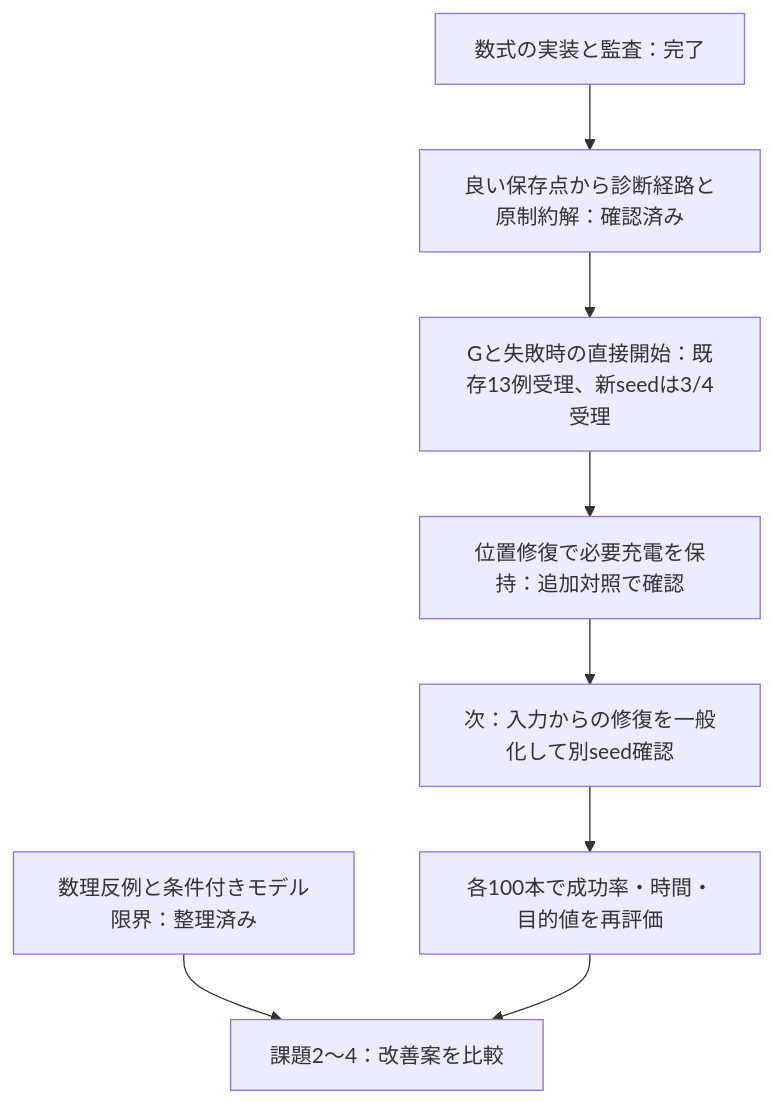
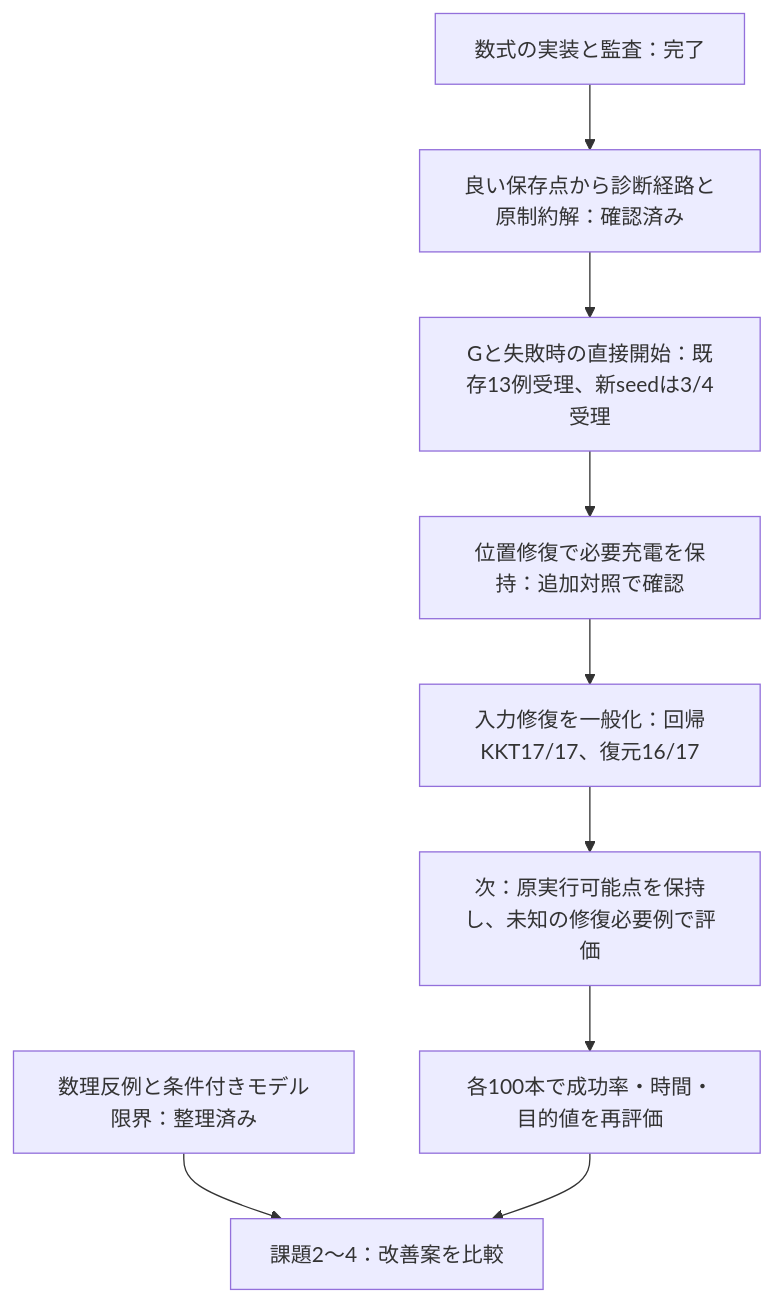
One commit to mordent-27/uav changed the diagram in ROADMAP.md. Above: the diagram before and after it, drawn with Mermaid. The commit also changed other lines of this file and 1 other file, not shown here.

Commit message:
docs[roadmap]: 初期修復の一般化と実行可能点保持の課題を反映

````diff
--- a/ROADMAP.md
+++ b/ROADMAP.md
@@ -152,10 +163,11 @@
 ```mermaid
 flowchart TD
   A[数式の実装と監査：完了] --> B[良い保存点から診断経路と原制約解：確認済み]
   B --> C[Gと失敗時の直接開始：既存13例受理、新seedは3/4受理]
   C --> D[位置修復で必要充電を保持：追加対照で確認]
-  D --> F[次：入力からの修復を一般化して別seed確認]
-  F --> E[各100本で成功率・時間・目的値を再評価]
+  D --> F[入力修復を一般化：回帰KKT17/17、復元16/17]
+  F --> H[次：原実行可能点を保持し、未知の修復必要例で評価]
+  H --> E[各100本で成功率・時間・目的値を再評価]
   T[数理反例と条件付きモデル限界：整理済み] --> U[課題2〜4：改善案を比較]
   E --> U
 ```
````
